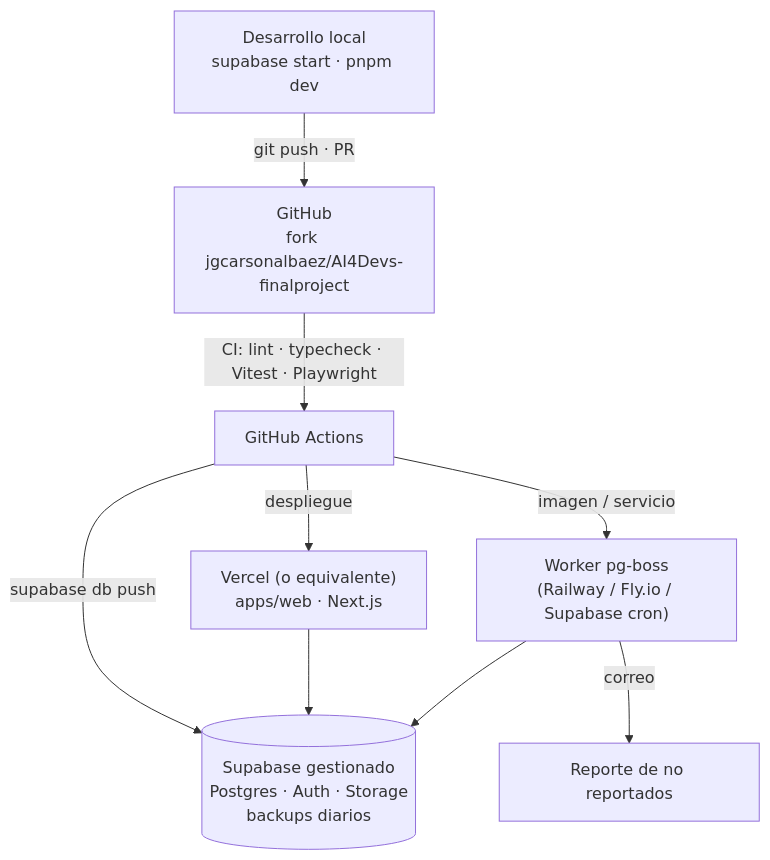
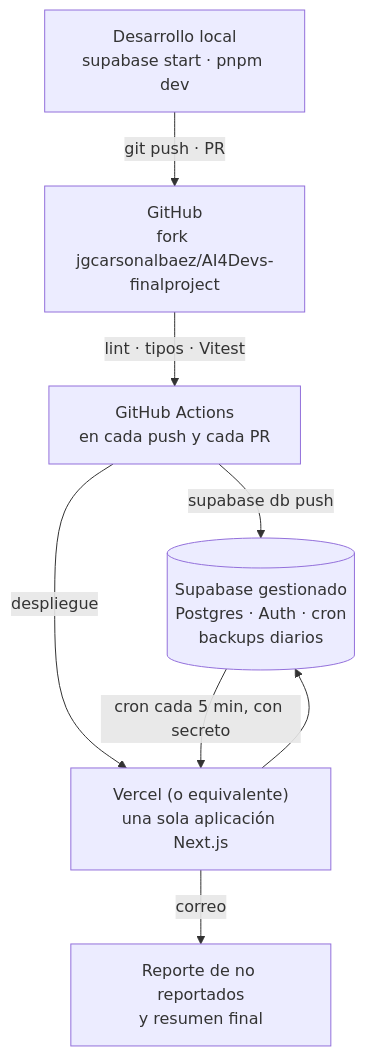
The second of 3 diagrams in readme.md (LIDR-academy-temp/AI4Devs-finalproject), drawn with Mermaid before and after one commit. The commit also changed other lines of this file, not shown here.

````diff
--- a/readme.md
+++ b/readme.md
@@ -216,11 +228,10 @@
 ```mermaid
 flowchart TB
   DEV["Desarrollo local<br/>supabase start · pnpm dev"] -- "git push · PR" --> GH["GitHub<br/>fork jgcarsonalbaez/AI4Devs-finalproject"]
-  GH -- "CI: lint · typecheck · Vitest · Playwright" --> CI["GitHub Actions"]
-  CI -- "supabase db push" --> SB[("Supabase gestionado<br/>Postgres · Auth · Storage<br/>backups diarios")]
-  CI -- "despliegue" --> WEB["Vercel (o equivalente)<br/>apps/web · Next.js"]
-  CI -- "imagen / servicio" --> WK["Worker pg-boss<br/>(Railway / Fly.io / Supabase cron)"]
+  GH -- "lint · tipos · Vitest" --> CI["GitHub Actions<br/>en cada push y cada PR"]
+  CI -- "supabase db push" --> SB[("Supabase gestionado<br/>Postgres · Auth · cron<br/>backups diarios")]
+  CI -- "despliegue" --> WEB["Vercel (o equivalente)<br/>una sola aplicación Next.js"]
   WEB --> SB
-  WK --> SB
-  WK -- "correo" --> MAIL["Reporte de no reportados"]
+  SB -- "cron cada 5 min, con secreto" --> WEB
+  WEB -- "correo" --> MAIL["Reporte de no reportados<br/>y resumen final"]
 ```
````
